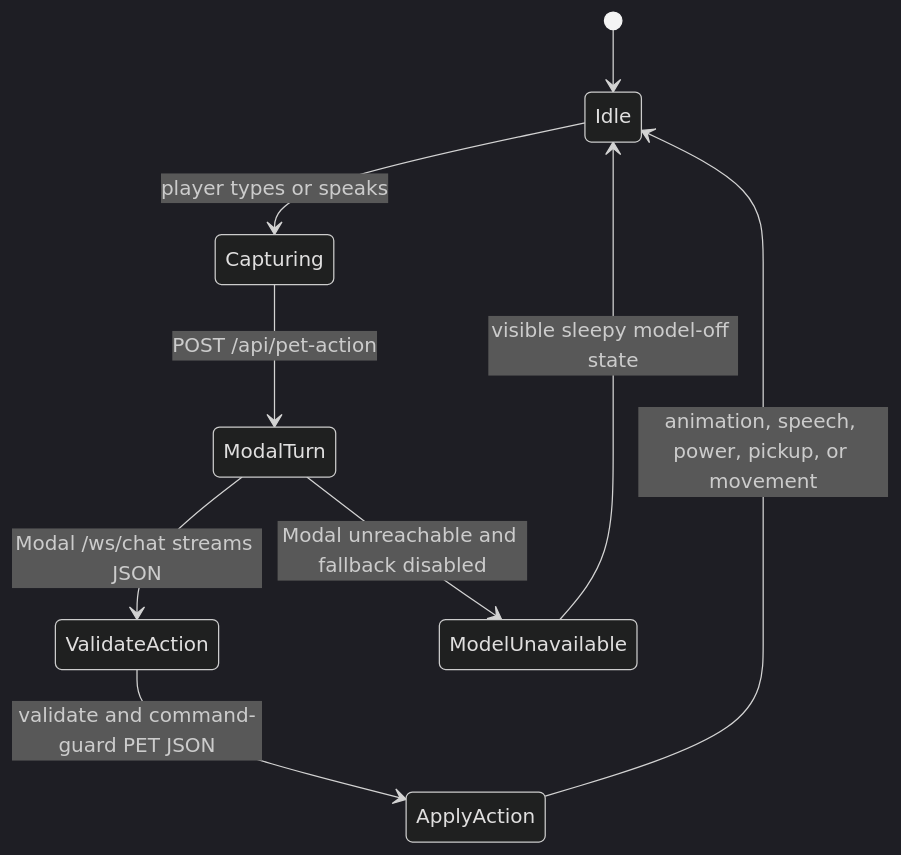
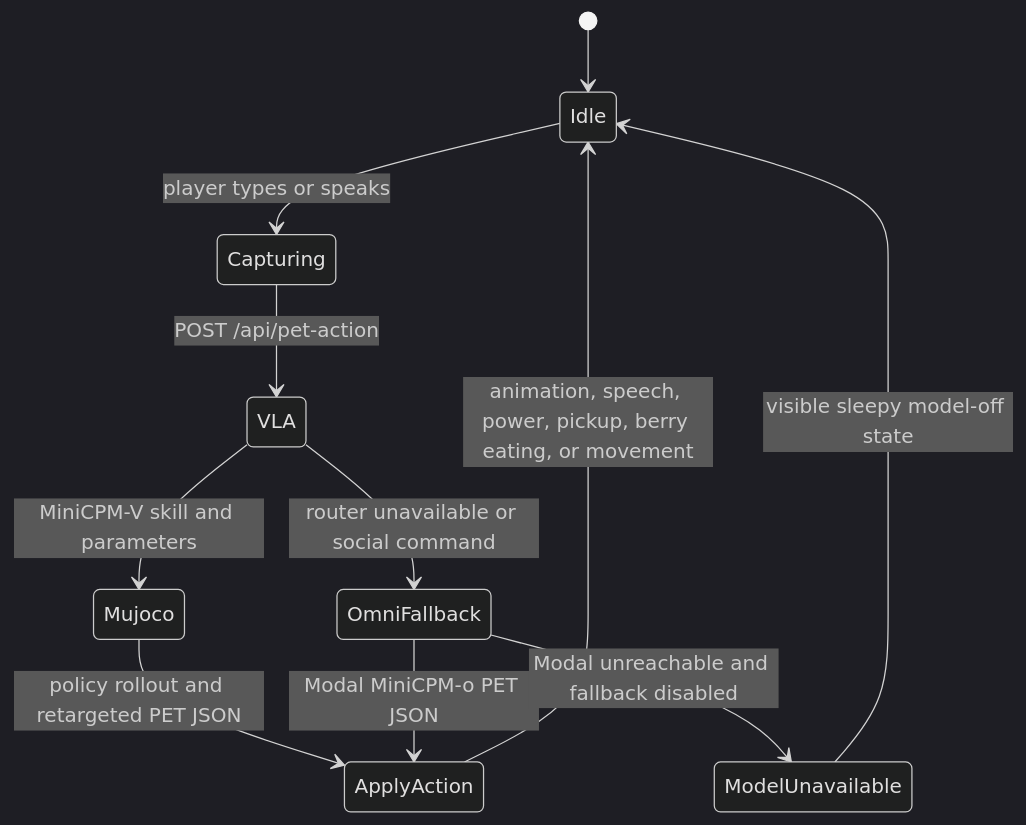
One commit to sanjuhs/build-small-hackathon-v1 changed the first of 2 diagrams in README.md. Above: the diagram before and after it, drawn with Mermaid (dark theme). The commit also changed other lines of this file and 10 other files, not shown here.

Commit message:
docs: publish MiniCPM-V VLA artifacts

````diff
--- a/README.md
+++ b/README.md
@@ -377,11 +389,13 @@
 ```mermaid
 stateDiagram-v2
     [*] --> Idle
     Idle --> Capturing: player types or speaks
-    Capturing --> ModalTurn: POST /api/pet-action
-    ModalTurn --> ValidateAction: Modal /ws/chat streams JSON
-    ValidateAction --> ApplyAction: validate and command-guard PET JSON
-    ApplyAction --> Idle: animation, speech, power, pickup, or movement
-    ModalTurn --> ModelUnavailable: Modal unreachable and fallback disabled
+    Capturing --> VLA: POST /api/pet-action
+    VLA --> Mujoco: MiniCPM-V skill and parameters
+    Mujoco --> ApplyAction: policy rollout and retargeted PET JSON
+    VLA --> OmniFallback: router unavailable or social command
+    OmniFallback --> ApplyAction: Modal MiniCPM-o PET JSON
+    ApplyAction --> Idle: animation, speech, power, pickup, berry eating, or movement
+    OmniFallback --> ModelUnavailable: Modal unreachable and fallback disabled
     ModelUnavailable --> Idle: visible sleepy model-off state
 ```
````
